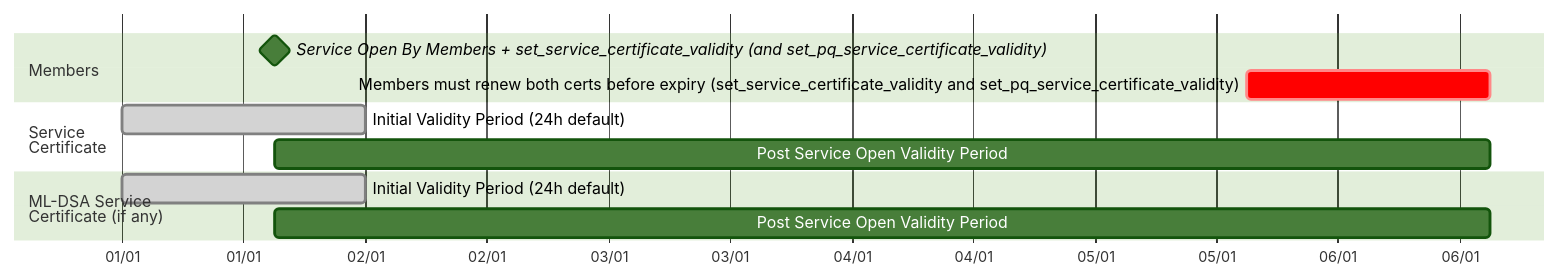
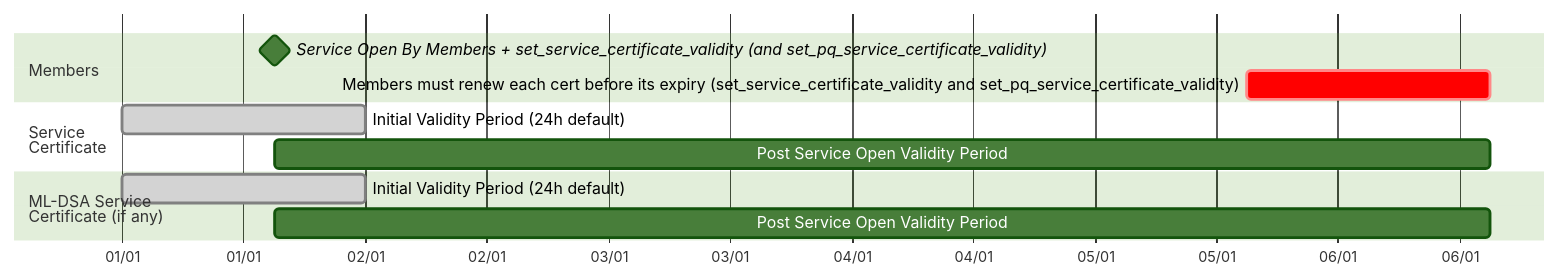
Before and after one commit to microsoft/CCF: the second of 2 diagrams in doc/operations/certificates.rst, drawn with Mermaid (forest theme). The commit also changed other lines of this file and 4 other files, not shown here.

Commit message:
Test that the ML-DSA service certificate is renewed independently

```diff
--- a/doc/operations/certificates.rst
+++ b/doc/operations/certificates.rst
@@ -73,19 +73,19 @@
 .. mermaid::
 
     gantt
 
     dateFormat  MM-DD/HH:mm
     axisFormat  %d/%m
     todayMarker off
 
     section Members
     Service Open By Members + set_service_certificate_validity (and set_pq_service_certificate_validity) :milestone, 01-01/15:00, 0d
-    Members must renew both certs before expiry (set_service_certificate_validity and set_pq_service_certificate_validity)              :crit, 01-05/15:00, 1d
+    Members must renew each cert before its expiry (set_service_certificate_validity and set_pq_service_certificate_validity)              :crit, 01-05/15:00, 1d
 
     section Service <br> Certificate
     Initial Validity Period (24h default): done, 01-01/00:00, 1d
     Post Service Open Validity Period    : 01-01/15:00, 5d
 
     section ML-DSA Service <br> Certificate (if any)
     Initial Validity Period (24h default): done, 01-01/00:00, 1d
     Post Service Open Validity Period    : 01-01/15:00, 5d
```
